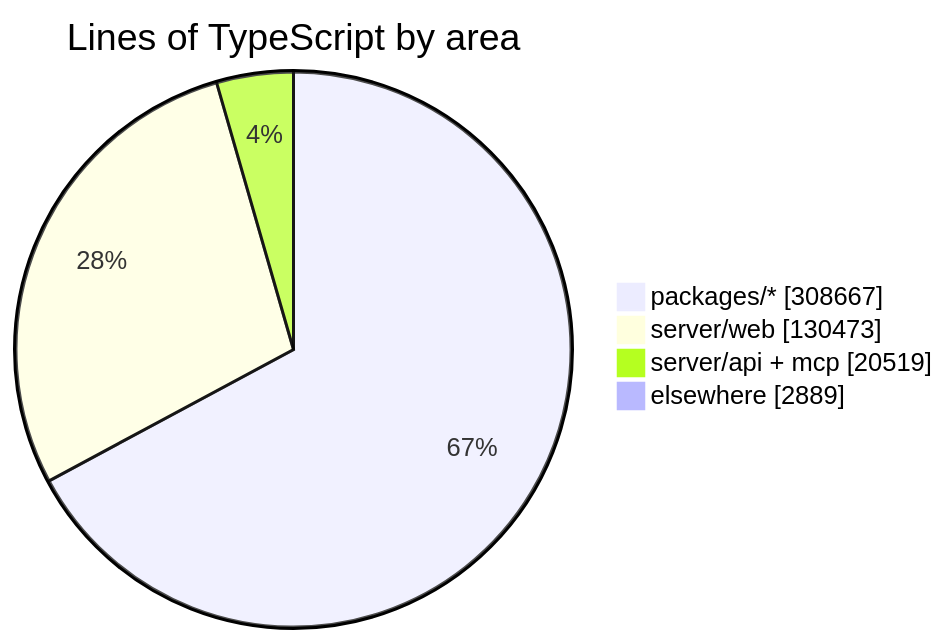
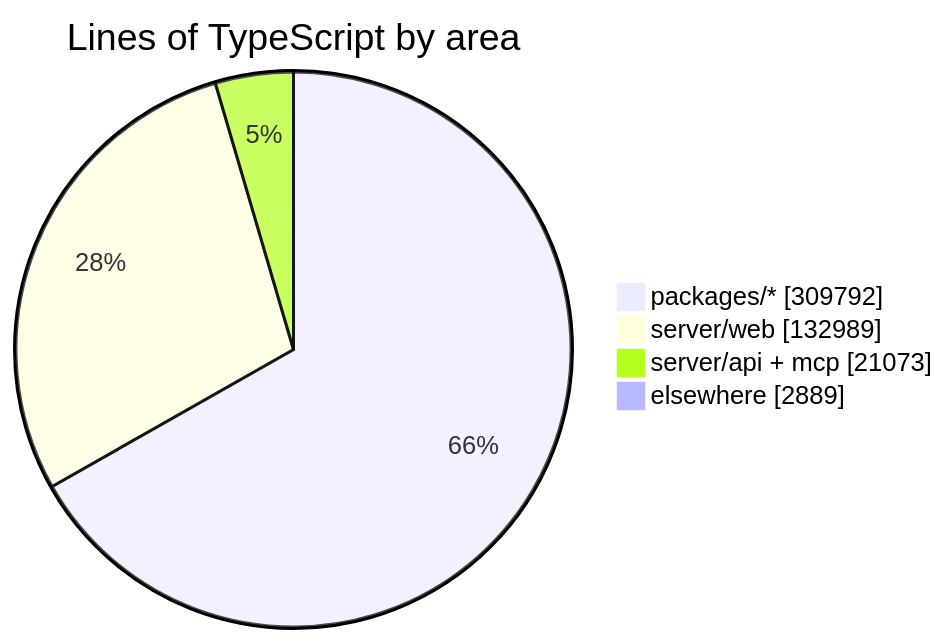
The diagram in README.md (crossworks-engineering/mantle), drawn with Mermaid before and after one commit. The commit also changed other lines of this file and 2 other files, not shown here.

````diff
--- a/README.md
+++ b/README.md
@@ -294,7 +294,7 @@
 ```mermaid
 pie showData title Lines of TypeScript by area
-    "packages/*" : 308667
-    "server/web" : 130473
-    "server/api + mcp" : 20519
+    "packages/*" : 309792
+    "server/web" : 132989
+    "server/api + mcp" : 21073
     "elsewhere" : 2889
 ```
````
